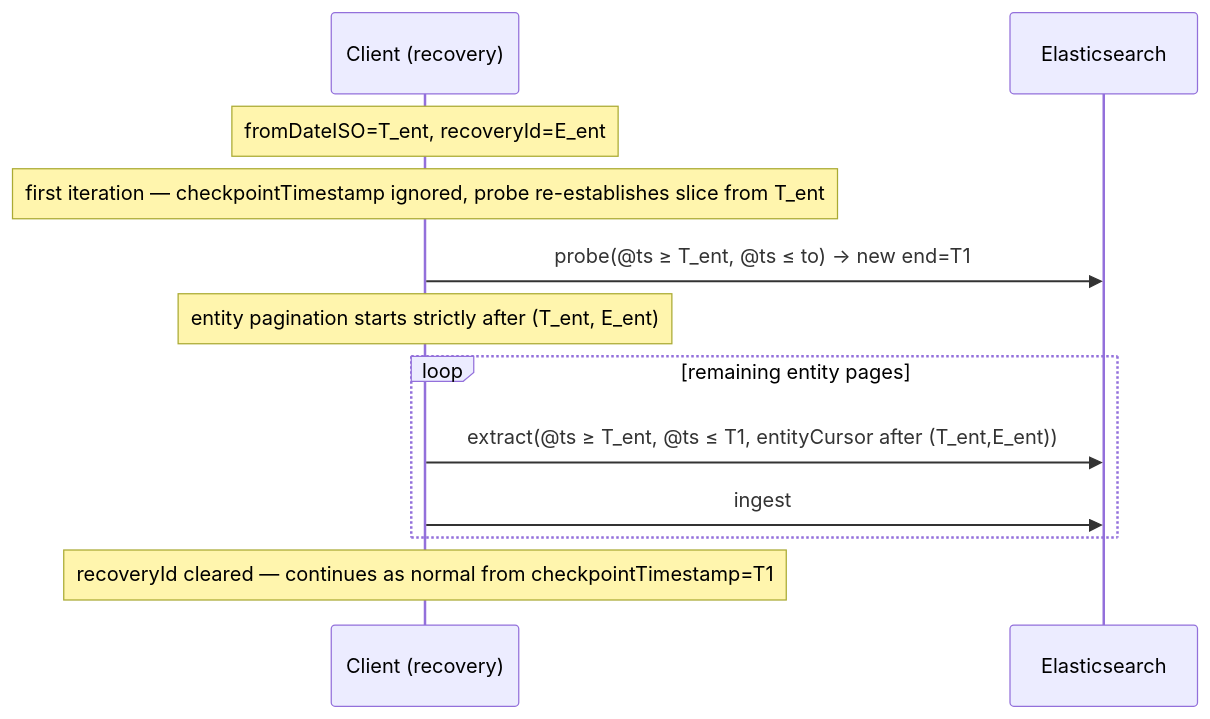
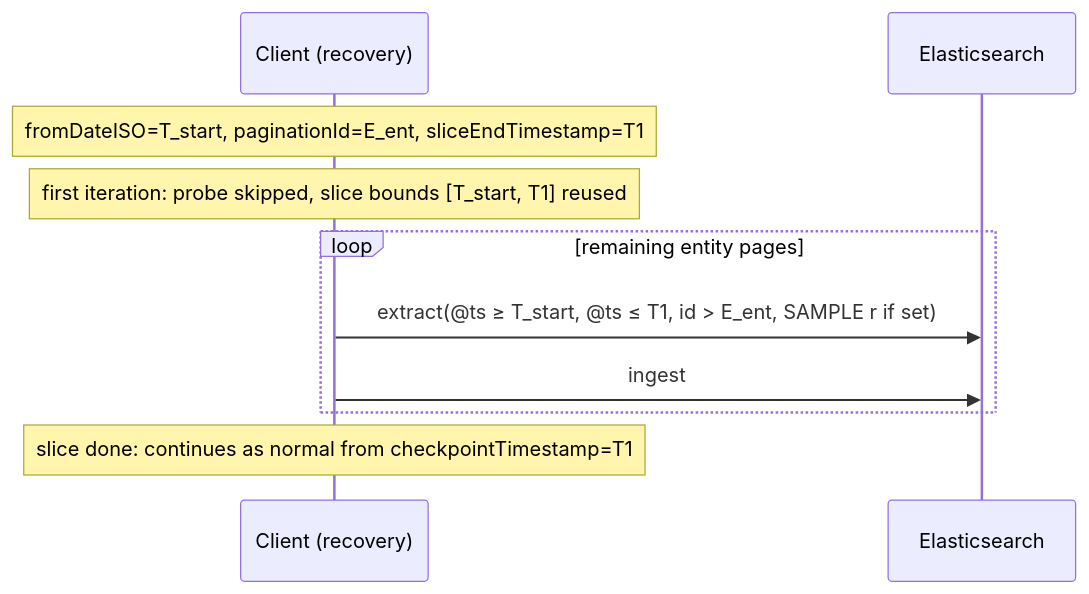
Before and after one commit to codacy-open-source-projects-scans/kibana: the sixth of 8 diagrams in x-pack/platform/plugins/shared/entity_store/server/domain/logs_extraction/PAGINATION.md, drawn with Mermaid. The commit also changed other lines of this file and 8101 other files, not shown here.

````diff
--- a/x-pack/platform/plugins/shared/entity_store/server/domain/logs_extraction/PAGINATION.md
+++ b/x-pack/platform/plugins/shared/entity_store/server/domain/logs_extraction/PAGINATION.md
@@ -177,18 +185,15 @@
 ```mermaid
 sequenceDiagram
     participant C as Client (recovery)
     participant ES as Elasticsearch
 
-    Note over C: fromDateISO=T_ent, recoveryId=E_ent
-    Note over C: first iteration — checkpointTimestamp ignored, probe re-establishes slice from T_ent
-
-    C->>ES: probe(@ts ≥ T_ent, @ts ≤ to) → new end=T1
-    Note over C: entity pagination starts strictly after (T_ent, E_ent)
+    Note over C: fromDateISO=T_start, paginationId=E_ent, sliceEndTimestamp=T1
+    Note over C: first iteration: probe skipped, slice bounds [T_start, T1] reused
 
     loop remaining entity pages
-        C->>ES: extract(@ts ≥ T_ent, @ts ≤ T1, entityCursor after (T_ent,E_ent))
+        C->>ES: extract(@ts ≥ T_start, @ts ≤ T1, id > E_ent, SAMPLE r if set)
         C->>ES: ingest
     end
 
-    Note over C: recoveryId cleared — continues as normal from checkpointTimestamp=T1
+    Note over C: slice done: continues as normal from checkpointTimestamp=T1
 ```
````
